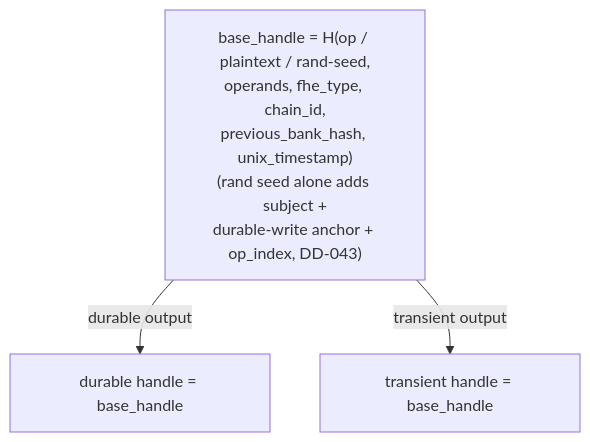
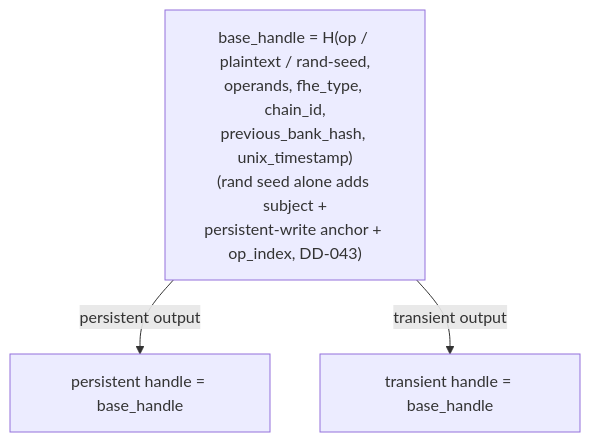
One commit to zama-ai/fhevm changed the third of 6 diagrams in solana/docs/MMR_ACL_MVP.md. Above: the diagram before and after it, drawn with Mermaid. The commit also changed other lines of this file and 77 other files, not shown here.

First line of the commit message:
refactor(solana): rename durable to persistent (fhevm-internal#1859 §2)

````diff
--- a/solana/docs/MMR_ACL_MVP.md
+++ b/solana/docs/MMR_ACL_MVP.md
@@ -128,6 +128,6 @@
 ```mermaid
 flowchart TD
-    base["base_handle = H(op / plaintext / rand-seed,<br/>operands, fhe_type, chain_id,<br/>previous_bank_hash, unix_timestamp)<br/>(rand seed alone adds subject +<br/>durable-write anchor + op_index, DD-043)"]
-    base -->|"durable output"| dh["durable handle = base_handle"]
+    base["base_handle = H(op / plaintext / rand-seed,<br/>operands, fhe_type, chain_id,<br/>previous_bank_hash, unix_timestamp)<br/>(rand seed alone adds subject +<br/>persistent-write anchor + op_index, DD-043)"]
+    base -->|"persistent output"| dh["persistent handle = base_handle"]
     base -->|"transient output"| th["transient handle = base_handle"]
 ```
````
